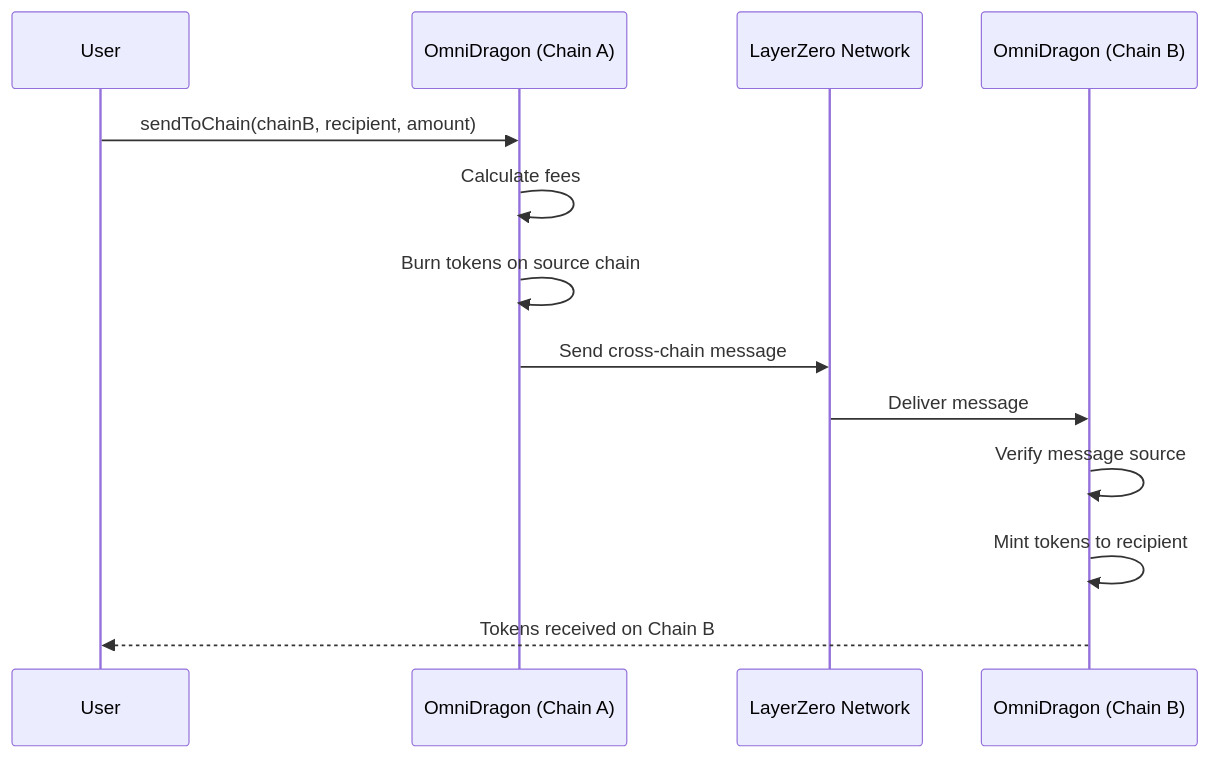
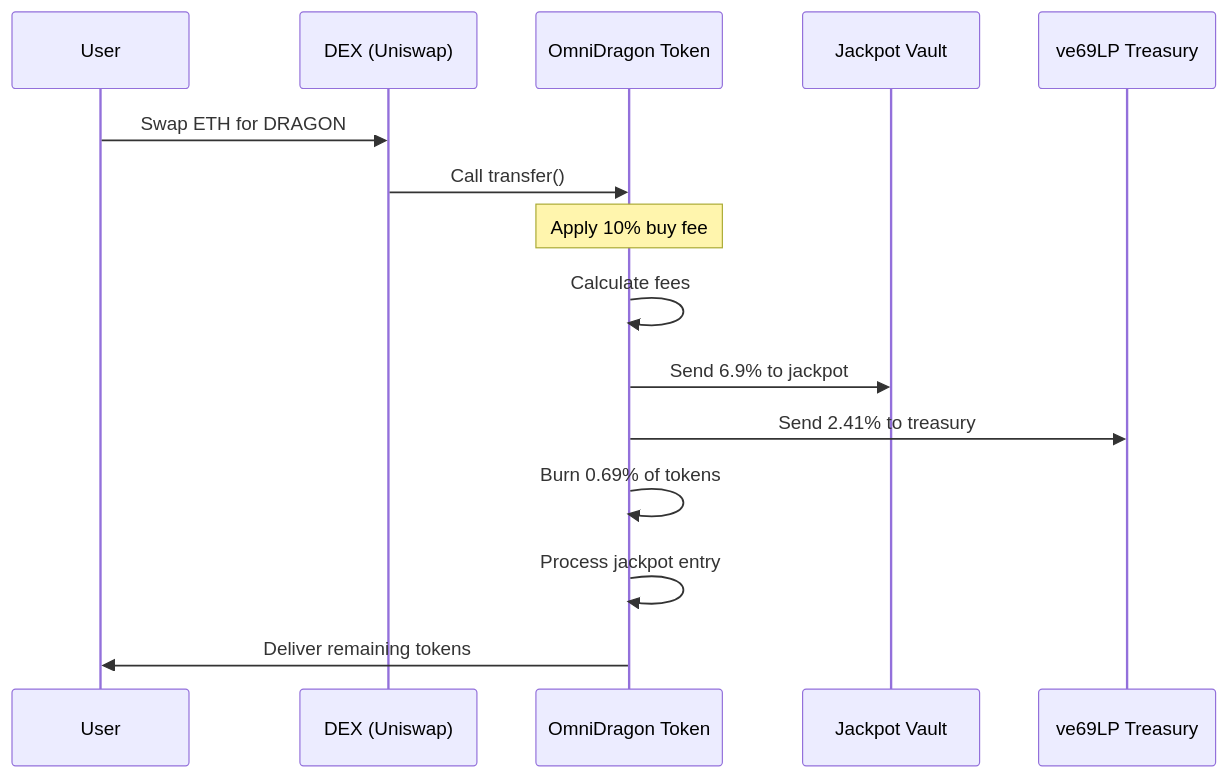
The second of 2 diagrams in docs/contracts/core/token.md (wenakita/sonicreddragon-docs), drawn with Mermaid before and after one commit. The commit also changed other lines of this file and 44 other files, not shown here.

````diff
--- a/docs/contracts/core/token.md
+++ b/docs/contracts/core/token.md
@@ -204,16 +423,21 @@
 ```mermaid
 sequenceDiagram
     participant User
-    participant SourceChain as OmniDragon (Chain A)
-    participant LZ as LayerZero Network
-    participant DestChain as OmniDragon (Chain B)
+    participant DEX as DEX (Uniswap)
+    participant Token as OmniDragon Token
+    participant Jackpot as Jackpot Vault
+    participant Treasury as ve69LP Treasury
     
-    User->>SourceChain: sendToChain(chainB, recipient, amount)
-    SourceChain->>SourceChain: Calculate fees
-    SourceChain->>SourceChain: Burn tokens on source chain
-    SourceChain->>LZ: Send cross-chain message
-    LZ->>DestChain: Deliver message
-    DestChain->>DestChain: Verify message source
-    DestChain->>DestChain: Mint tokens to recipient
-    DestChain-->>User: Tokens received on Chain B
-```
+    User->>DEX: Swap ETH for DRAGON
+    DEX->>Token: Call transfer()
+    
+    Note over Token: Apply 10% buy fee
+    
+    Token->>Token: Calculate fees
+    Token->>Jackpot: Send 6.9% to jackpot
+    Token->>Treasury: Send 2.41% to treasury
+    Token->>Token: Burn 0.69% of tokens
+    
+    Token->>Token: Process jackpot entry
+    Token->>User: Deliver remaining tokens
+``` 
````
